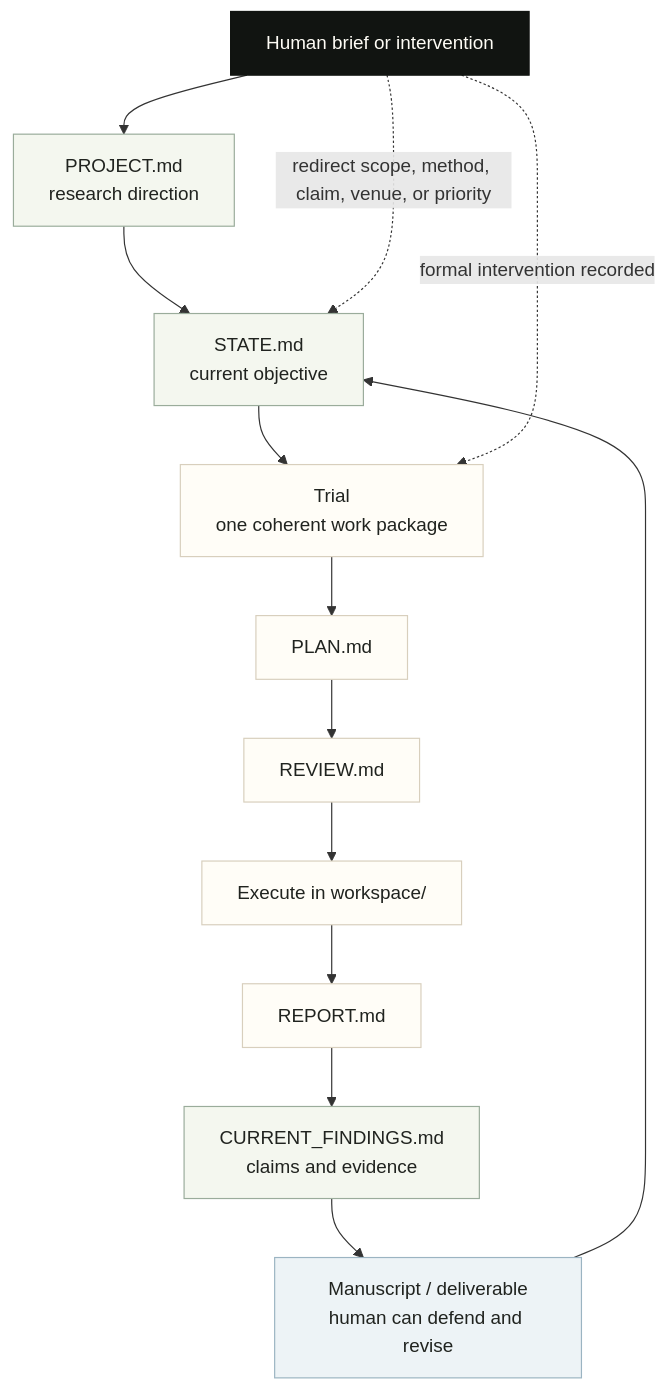
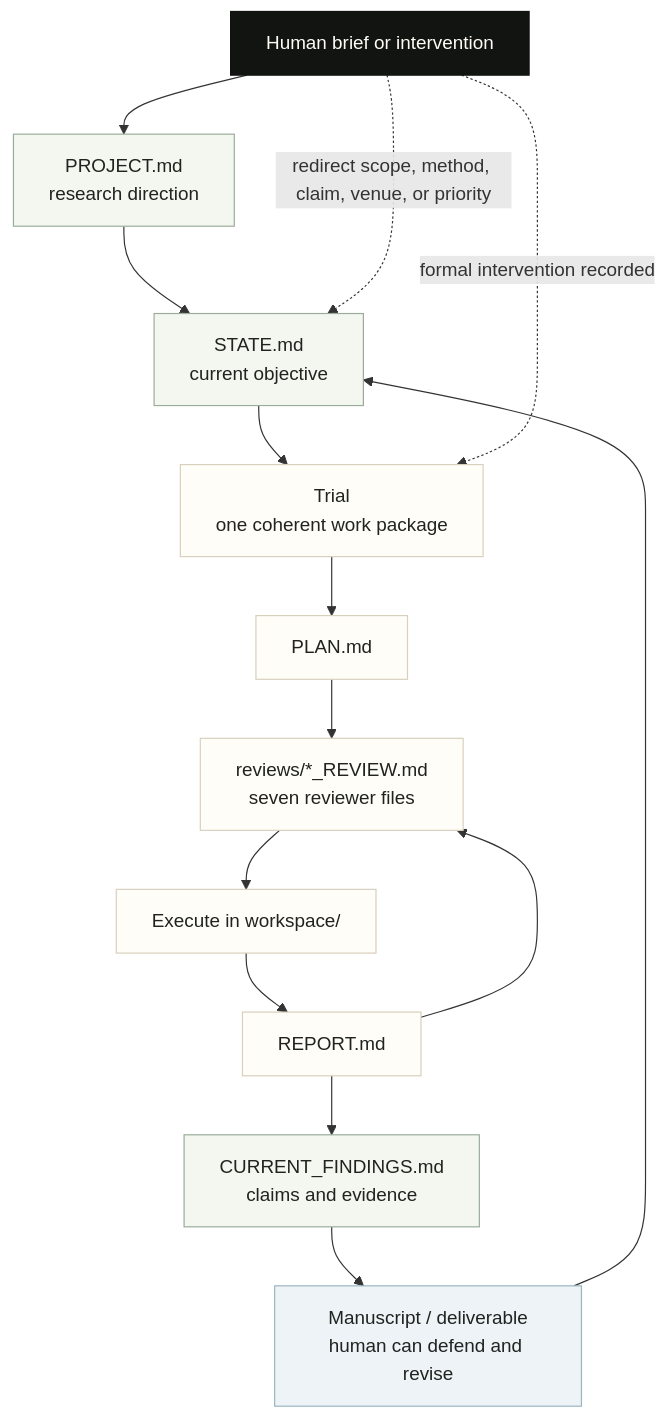
Before and after one commit to YihongT/CoAutoResearch: the diagram in docs/conceptual-framework.md, drawn with Mermaid. The commit also changed 29 other files, not shown here.

````diff
--- a/docs/conceptual-framework.md
+++ b/docs/conceptual-framework.md
@@ -9,26 +9,27 @@
 ```{mermaid}
 flowchart TD
   H["Human brief or intervention"] --> P["PROJECT.md<br/>research direction"]
   P --> S["STATE.md<br/>current objective"]
   S --> T["Trial<br/>one coherent work package"]
   T --> PL["PLAN.md"]
-  PL --> RV["REVIEW.md"]
+  PL --> RV["reviews/*_REVIEW.md<br/>seven reviewer files"]
   RV --> W["Execute in workspace/"]
   W --> RP["REPORT.md"]
+  RP --> RV
   RP --> F["CURRENT_FINDINGS.md<br/>claims and evidence"]
   F --> M["Manuscript / deliverable<br/>human can defend and revise"]
   M --> S
 
   H -. "redirect scope, method, claim, venue, or priority" .-> S
   H -. "formal intervention recorded" .-> T
 
   classDef human fill:#111411,color:#fffdf6,stroke:#111411;
   classDef truth fill:#f4f7ef,stroke:#9aac9b,color:#20231f;
   classDef trial fill:#fffdf7,stroke:#d8cfbd,color:#20231f;
   classDef output fill:#edf3f6,stroke:#9bb4c2,color:#20231f;
 
   class H human;
   class P,S,F truth;
   class T,PL,RV,W,RP trial;
   class M output;
 ```
````
